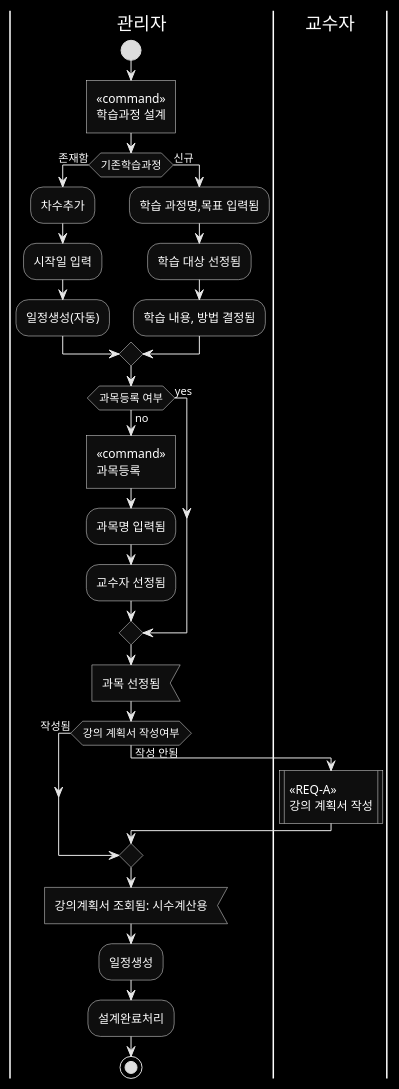
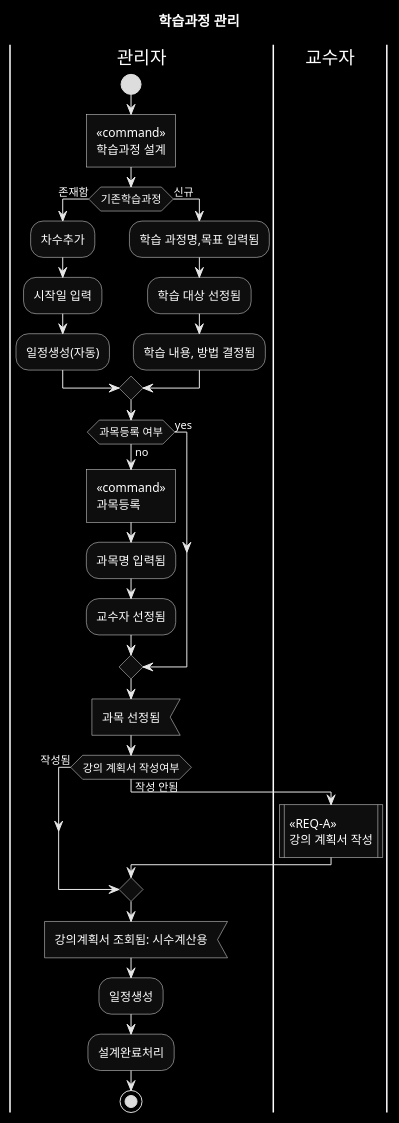
The second of 2 diagrams in 020-모델-도메인/102-학습과정-process.md (ohhoonim/lms-design), drawn with PlantUML before and after one commit. The commit also changed other lines of this file and 1 other file, not shown here.

Commit message:
수강 유스케이스 Fixes #11 학습과정 모델 수정

````diff
--- a/020-모델-도메인/102-학습과정-process.md
+++ b/020-모델-도메인/102-학습과정-process.md
@@ -32,38 +34,40 @@
 ```plantuml
 @startuml
 skinparam monochrome reverse
+
+title 학습과정 관리 
 
 |관리자|
 start
 :<<command>>\n학습과정 설계]
 if (기존학습과정) then (존재함)
     :차수추가;
     :시작일 입력;
     :일정생성(자동);
 else (신규)
     :학습 과정명,목표 입력됨;
     :학습 대상 선정됨;
     :학습 내용, 방법 결정됨;
 end if
 
 if (과목등록 여부) then (yes)
 else (no)
     |관리자|
     :<<command>>\n과목등록]
     :과목명 입력됨;
     :교수자 선정됨;
 end if 
 :과목 선정됨<
 if (강의 계획서 작성여부) then (작성됨)
 else (작성 안됨)
     |교수자|
     :<<REQ-A>>\n강의 계획서 작성|
 end if
 |관리자|
 :강의계획서 조회됨: 시수계산용<
 :일정생성;
 :설계완료처리;
 stop
 
 @enduml
 ```
````
